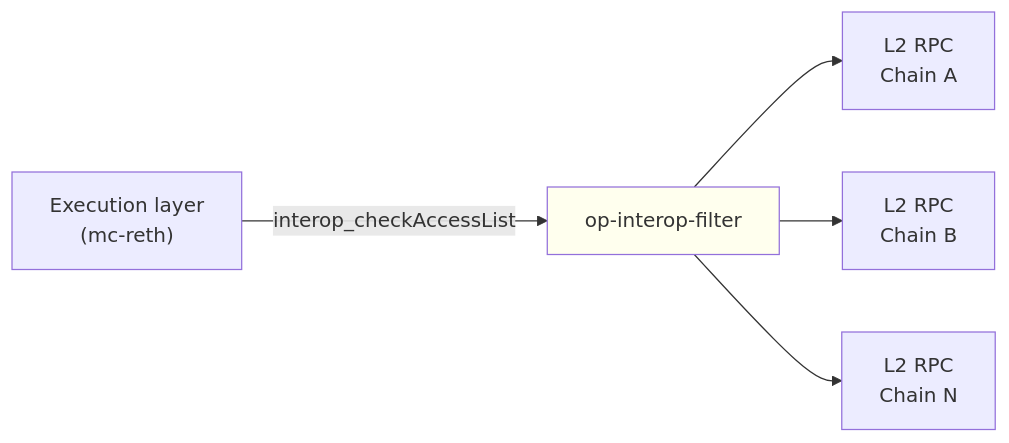
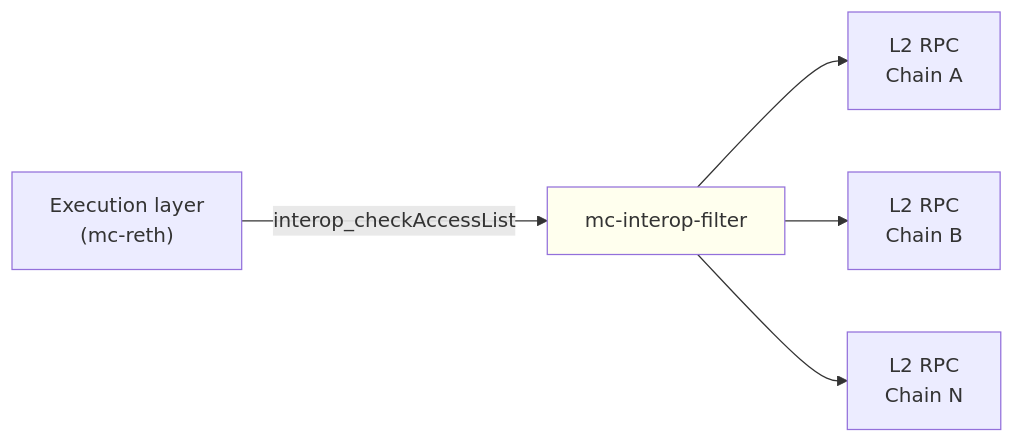
Before and after one commit to arunjot12/mind-chain: the diagram in docs/public-docs/chain-operators/tools/op-interop-filter.mdx, drawn with Mermaid. The commit also changed other lines of this file and 4376 other files, not shown here.

````diff
--- a/docs/public-docs/chain-operators/tools/op-interop-filter.mdx
+++ b/docs/public-docs/chain-operators/tools/op-interop-filter.mdx
@@ -41,18 +41,18 @@
 ```mermaid
 graph LR
   classDef filter fill:#FFE
   classDef transparent fill:none,stroke:none
 
   EL["Execution layer<br/>(mc-reth)"]
-  Filter["op-interop-filter"]
+  Filter["mc-interop-filter"]
   L2A["L2 RPC<br/>Chain A"]
   L2B["L2 RPC<br/>Chain B"]
   L2N["L2 RPC<br/>Chain N"]
 
   EL -- "interop_checkAccessList" --> Filter
   Filter --> L2A
   Filter --> L2B
   Filter --> L2N
 
   class Filter filter
 ```
````
